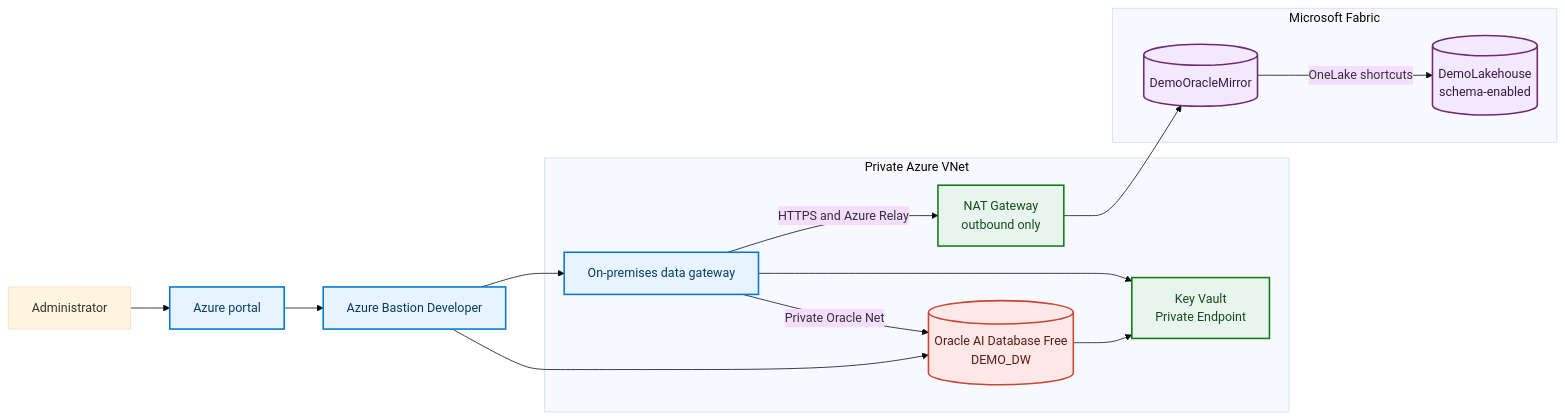
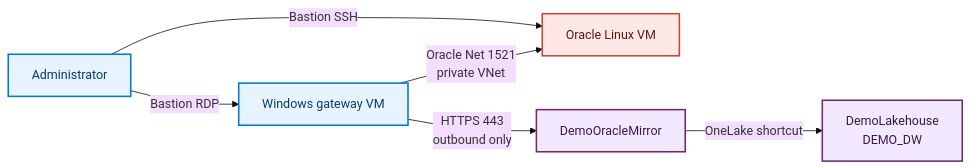
One commit to fredgis/oracletofabric changed the diagram in README.md. Above: the diagram before and after it, drawn with Mermaid (base theme). The commit also changed other lines of this file and 15 other files, not shown here.

````diff
--- a/README.md
+++ b/README.md
@@ -23,36 +114,16 @@
 ```mermaid
 flowchart LR
-    Admin[Administrator] --> Portal[Azure portal]
-    Portal --> Bastion[Azure Bastion Developer]
-
-    subgraph Azure["Private Azure VNet"]
-        Oracle[(Oracle AI Database Free<br/>DEMO_DW)]
-        Gateway[On-premises data gateway]
-        KeyVault[Key Vault<br/>Private Endpoint]
-        NAT[NAT Gateway<br/>outbound only]
-    end
-
-    subgraph Fabric["Microsoft Fabric"]
-        Mirror[(DemoOracleMirror)]
-        Lakehouse[(DemoLakehouse<br/>schema-enabled)]
-    end
-
-    Bastion --> Oracle
-    Bastion --> Gateway
-    Gateway -->|Private Oracle Net| Oracle
-    Gateway -->|HTTPS and Azure Relay| NAT
-    NAT --> Mirror
-    Mirror -->|OneLake shortcuts| Lakehouse
-    Oracle --> KeyVault
-    Gateway --> KeyVault
+    User[Administrator] -->|Bastion SSH| OracleVM[Oracle Linux VM]
+    User -->|Bastion RDP| GatewayVM[Windows gateway VM]
+    GatewayVM -->|Oracle Net 1521<br/>private VNet| OracleVM
+    GatewayVM -->|HTTPS 443<br/>outbound only| Mirror[DemoOracleMirror]
+    Mirror -->|OneLake shortcut| Lakehouse[DemoLakehouse<br/>DEMO_DW]
 
     classDef oracle fill:#FDE8E7,stroke:#C74634,color:#5B1A12,stroke-width:2px;
     classDef azure fill:#E7F3FF,stroke:#0078D4,color:#083B66,stroke-width:2px;
     classDef fabric fill:#F2E9FF,stroke:#742774,color:#3B1747,stroke-width:2px;
-    classDef security fill:#E8F5EE,stroke:#107C10,color:#164B1B,stroke-width:2px;
 
-    class Oracle oracle;
-    class Portal,Bastion,Gateway azure;
+    class OracleVM oracle;
+    class User,GatewayVM azure;
     class Mirror,Lakehouse fabric;
-    class KeyVault,NAT security;
 ```
````
